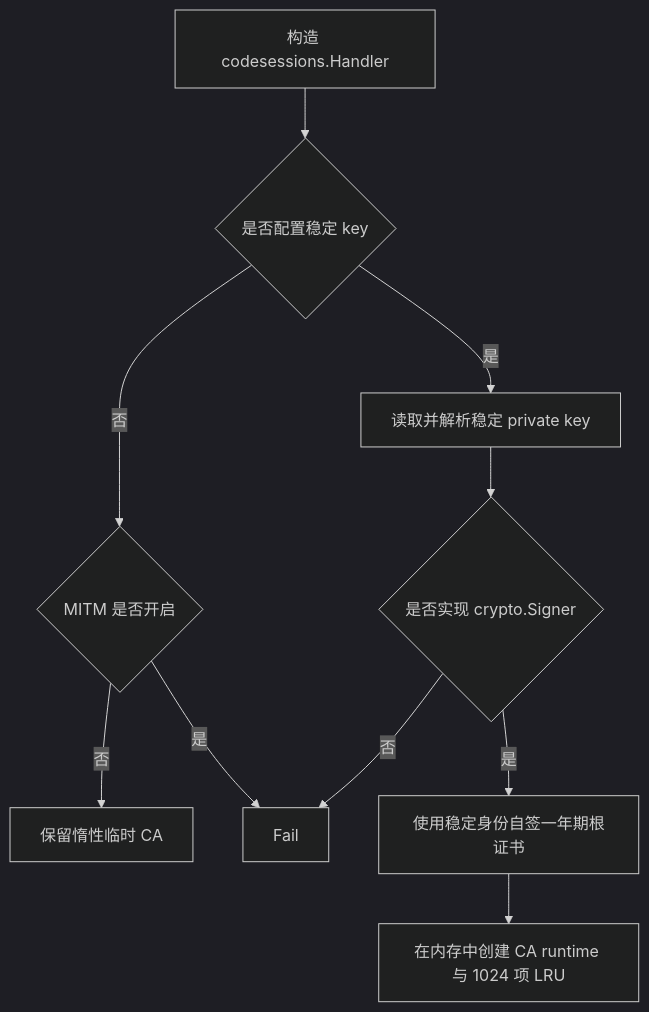
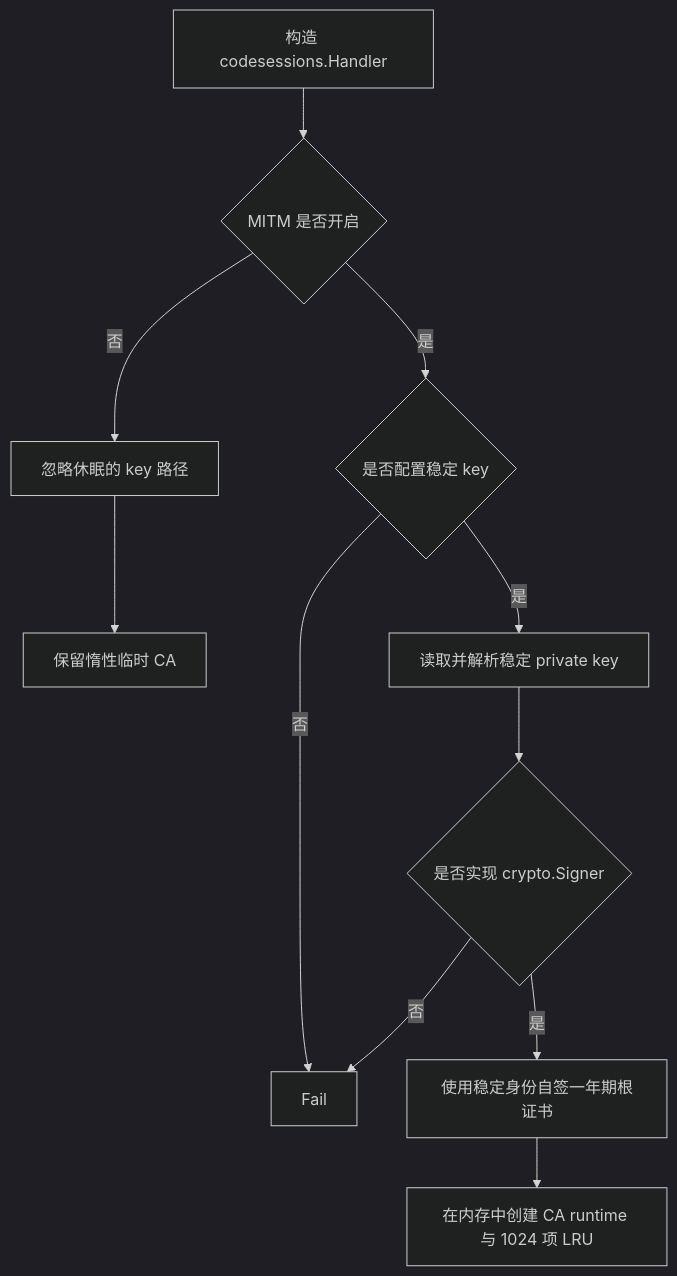
The second of 4 diagrams in docs/design/be/ccrv2/mitm-certificate-issuance.md (superduck-ai/open-managed-agents), drawn with Mermaid (dark theme) before and after one commit. The commit also changed other lines of this file and 6 other files, not shown here.

Commit message:
Clarify dormant MITM CA key handling

````diff
--- a/docs/design/be/ccrv2/mitm-certificate-issuance.md
+++ b/docs/design/be/ccrv2/mitm-certificate-issuance.md
@@ -117,12 +117,13 @@
 ```mermaid
 flowchart TD
-    Start[构造 codesessions.Handler] --> Key{是否配置稳定 key}
-    Key -->|否| MITM{MITM 是否开启}
-    MITM -->|否| Lazy[保留惰性临时 CA]
-    MITM -->|是| Fail
+    Start[构造 codesessions.Handler] --> MITM{MITM 是否开启}
+    MITM -->|否| Ignore[忽略休眠的 key 路径]
+    Ignore --> Lazy[保留惰性临时 CA]
+    MITM -->|是| Key{是否配置稳定 key}
+    Key -->|否| Fail
     Key -->|是| Read[读取并解析稳定 private key]
     Read --> Signer{是否实现 crypto.Signer}
     Signer -->|否| Fail
     Signer -->|是| Issue[使用稳定身份自签一年期根证书]
     Issue --> Runtime[在内存中创建 CA runtime 与 1024 项 LRU]
 ```
````
